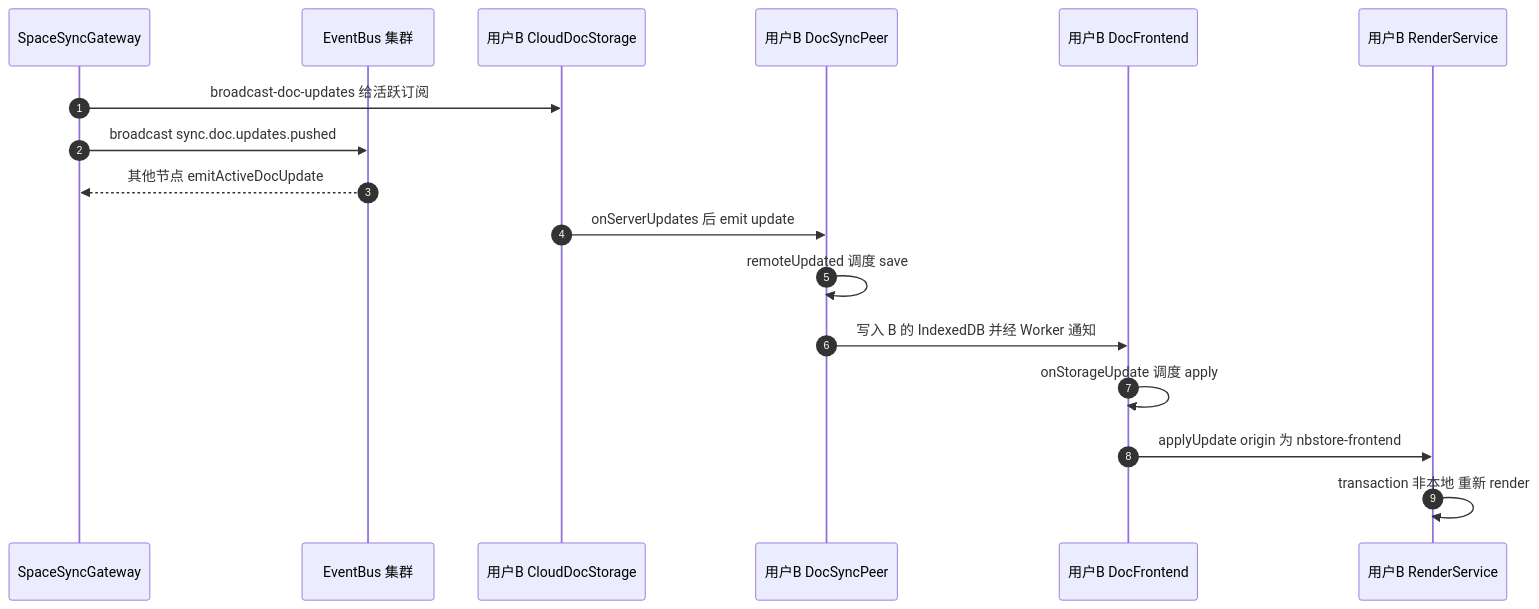
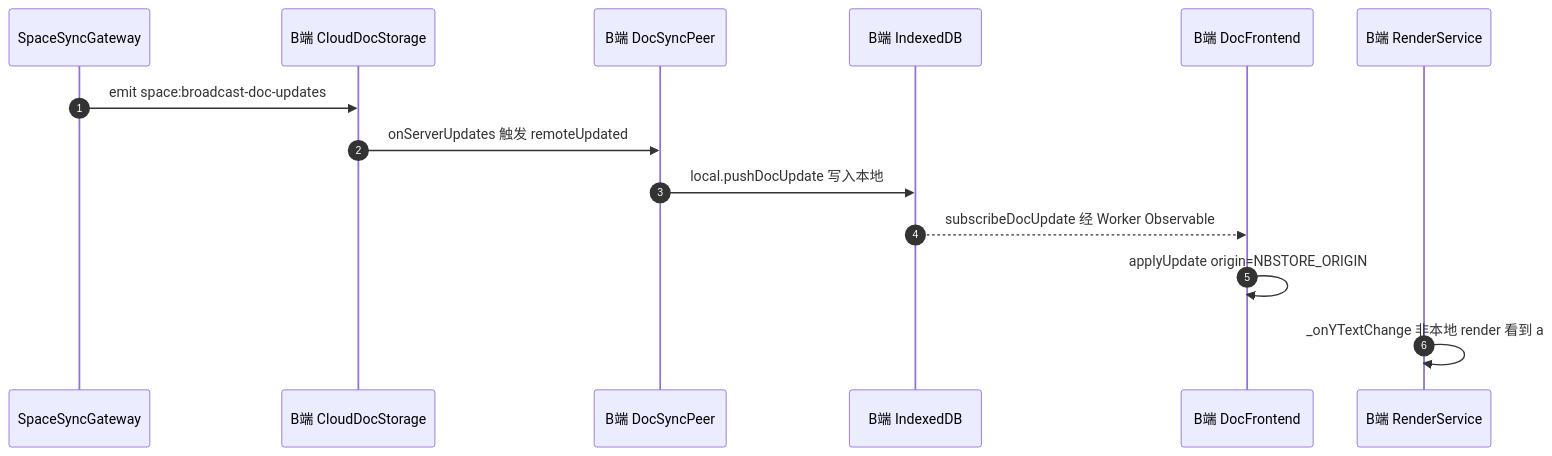
One commit to lfire/AFFiNE changed the fourth of 6 diagrams in learning-guide/slides/decks/29.md. Above: the diagram before and after it, drawn with Mermaid. The commit also changed other lines of this file and 46 other files, not shown here.

````diff
--- a/learning-guide/slides/decks/29.md
+++ b/learning-guide/slides/decks/29.md
@@ -228,19 +212,16 @@
 ```mermaid
 sequenceDiagram
   autonumber
   participant GW as SpaceSyncGateway
-  participant BUS as EventBus 集群
-  participant CB as 用户B CloudDocStorage
-  participant PB as 用户B DocSyncPeer
-  participant FB as 用户B DocFrontend
-  participant RB as 用户B RenderService
-  GW->>CB: broadcast-doc-updates 给活跃订阅
-  GW->>BUS: broadcast sync.doc.updates.pushed
-  BUS-->>GW: 其他节点 emitActiveDocUpdate
-  CB->>PB: onServerUpdates 后 emit update
-  PB->>PB: remoteUpdated 调度 save
-  PB->>FB: 写入 B 的 IndexedDB 并经 Worker 通知
-  FB->>FB: onStorageUpdate 调度 apply
-  FB->>RB: applyUpdate origin 为 nbstore-frontend
-  RB->>RB: transaction 非本地 重新 render
+  participant CB as B端 CloudDocStorage
+  participant PB as B端 DocSyncPeer
+  participant IB as B端 IndexedDB
+  participant FB as B端 DocFrontend
+  participant RB as B端 RenderService
+  GW->>CB: emit space:broadcast-doc-updates
+  CB->>PB: onServerUpdates 触发 remoteUpdated
+  PB->>IB: local.pushDocUpdate 写入本地
+  IB-->>FB: subscribeDocUpdate 经 Worker Observable
+  FB->>FB: applyUpdate origin=NBSTORE_ORIGIN
+  RB->>RB: _onYTextChange 非本地 render 看到 a
 ```
````
